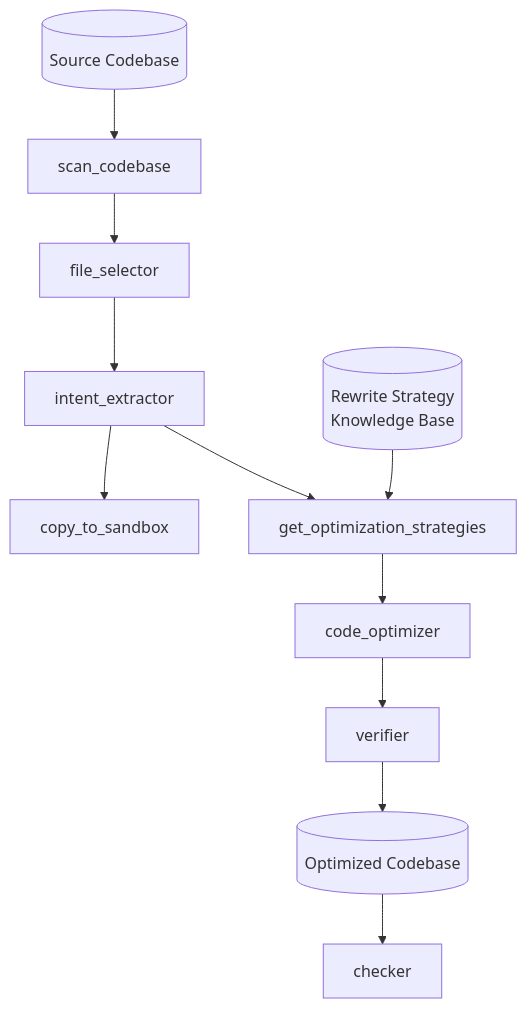
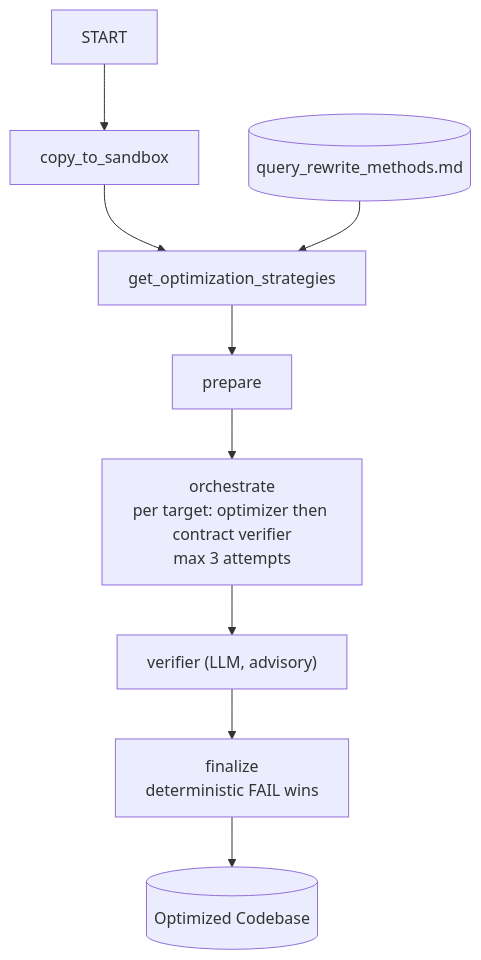
Before and after one commit to damdepot/ADCo: the second of 3 diagrams in README.md, drawn with Mermaid. The commit also changed other lines of this file and 4 other files, not shown here.

````diff
--- a/README.md
+++ b/README.md
@@ -7,13 +52,11 @@
 ```mermaid
 flowchart TD
-    A[("Source Codebase")] --> B["scan_codebase"]
-    B --> C["file_selector"]
-    C --> D["intent_extractor"]
-    D --> E["copy_to_sandbox"]
-    D --> F["get_optimization_strategies"]
-    KB[("Rewrite Strategy<br/>Knowledge Base")] --> F
-    F --> G["code_optimizer"]
-    G --> H["verifier"]
-    H --> I[("Optimized Codebase")]
-    I --> J["checker"]
+    S[START] --> C["copy_to_sandbox"]
+    C --> G["get_optimization_strategies"]
+    KB[("query_rewrite_methods.md")] --> G
+    G --> P["prepare"]
+    P --> O["orchestrate<br/>per target: optimizer then contract verifier<br/>max 3 attempts"]
+    O --> V["verifier (LLM, advisory)"]
+    V --> F["finalize<br/>deterministic FAIL wins"]
+    F --> I[("Optimized Codebase")]
 ```
````
